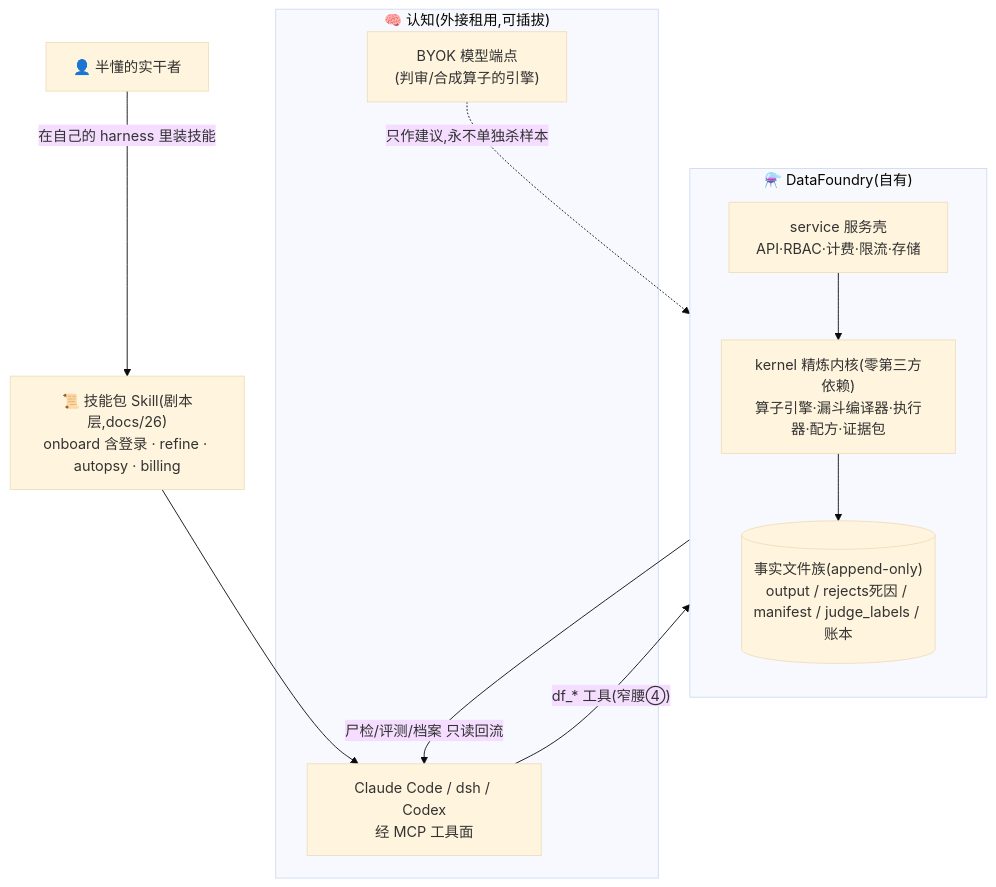
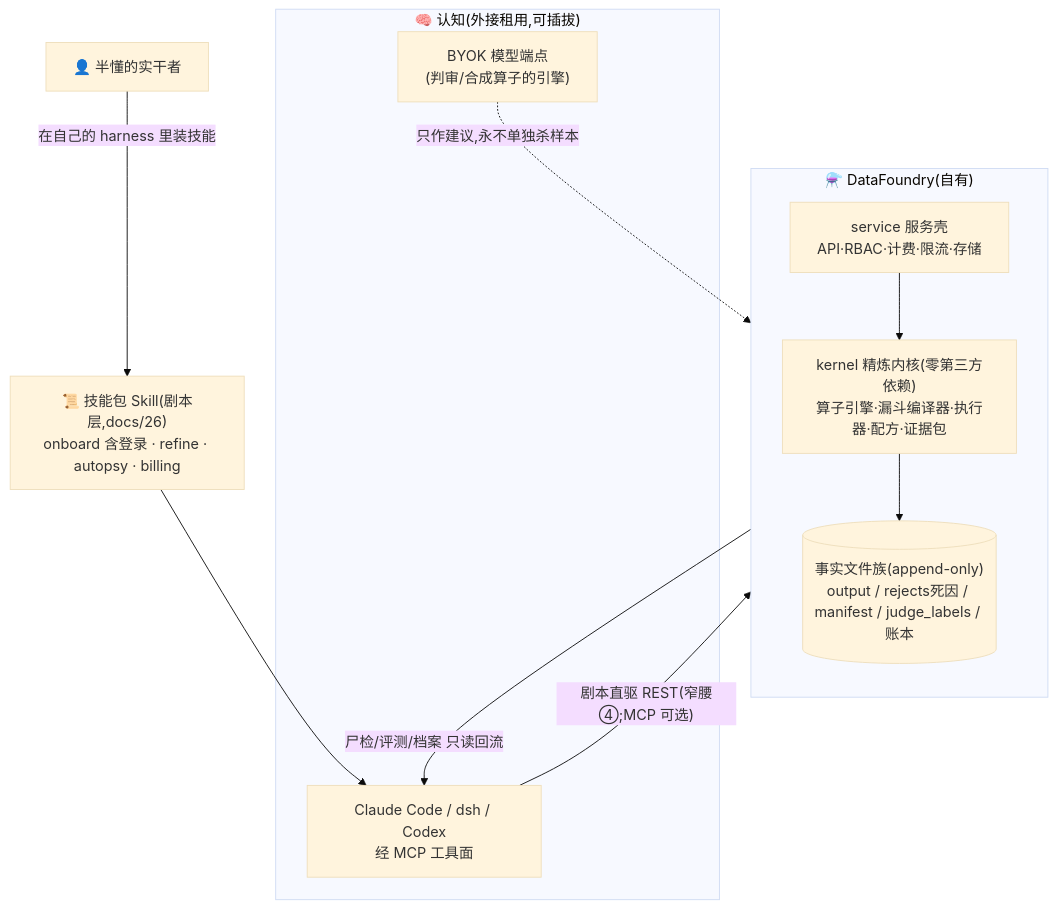
The first of 2 diagrams in docs/25-架构总纲.md (William2333ZZ/claude_repo), drawn with Mermaid (base theme) before and after one commit. The commit also changed other lines of this file and 9 other files, not shown here.

````diff
--- a/docs/25-架构总纲.md
+++ b/docs/25-架构总纲.md
@@ -11,20 +11,20 @@
 ```mermaid
 flowchart TB
     subgraph 认知层["🧠 认知(外接租用,可插拔)"]
         A["Claude Code / dsh / Codex<br/>经 MCP 工具面"]
         B["BYOK 模型端点<br/>(判审/合成算子的引擎)"]
     end
     subgraph 平台["⚗️ DataFoundry(自有)"]
         direction TB
         S["service 服务壳<br/>API·RBAC·计费·限流·存储"]
         K["kernel 精炼内核(零第三方依赖)<br/>算子引擎·漏斗编译器·执行器·配方·证据包"]
         F[("事实文件族(append-only)<br/>output / rejects死因 / manifest / judge_labels / 账本")]
         S --> K --> F
     end
     SK["📜 技能包 Skill(剧本层,docs/26)<br/>onboard 含登录 · refine · autopsy · billing"]
     U["👤 半懂的实干者"] -- "在自己的 harness 里装技能" --> SK
     SK --> A
-    A -- "df_* 工具(窄腰④)" --> S
+    A -- "剧本直驱 REST(窄腰④;MCP 可选)" --> S
     B -. 只作建议,永不单独杀样本 .-> K
     F -- "尸检/评测/档案 只读回流" --> A
 ```
````
